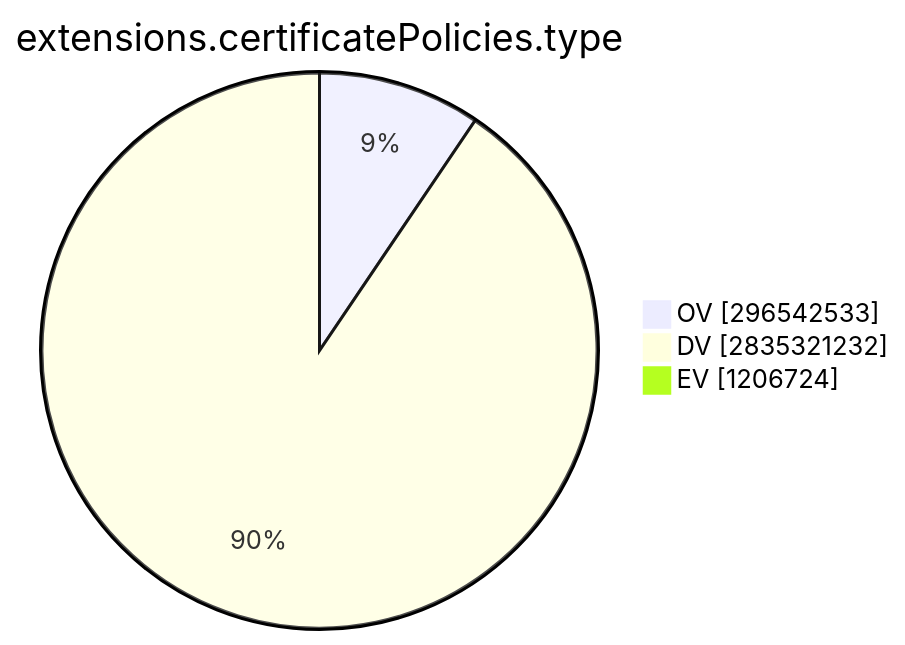
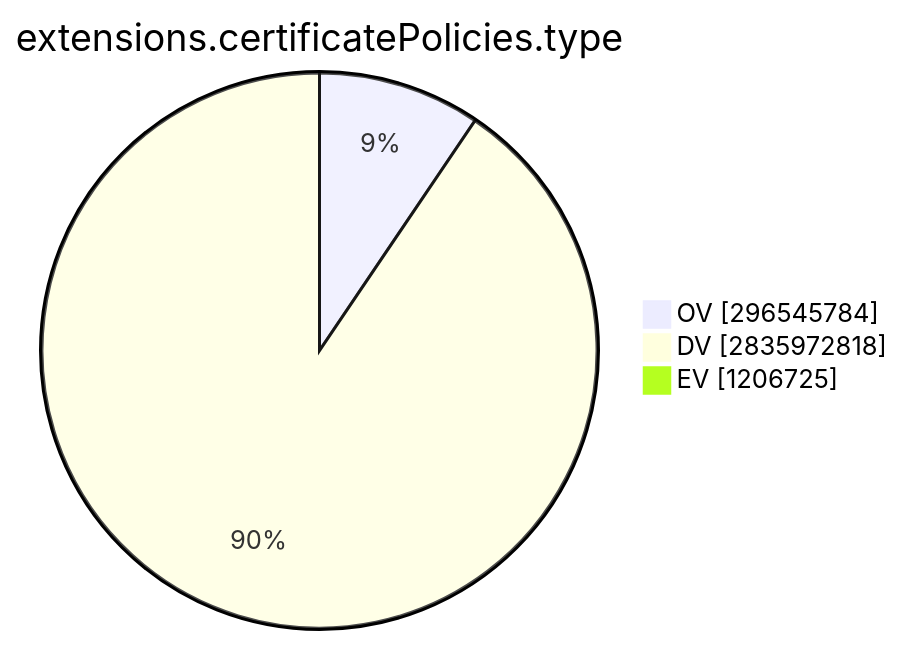
One commit to christiankrug/ctmonitor_visualization changed the ninth of 15 diagrams in TOTAL/README.md. Above: the diagram before and after it, drawn with Mermaid. The commit also changed other lines of this file, not shown here.

````diff
--- a/TOTAL/README.md
+++ b/TOTAL/README.md
@@ -3099,7 +3099,7 @@
 ```mermaid
 pie showData
 title extensions.certificatePolicies.type
-"OV" :296542533
-"DV" :2835321232
-"EV" :1206724
+"OV" :296545784
+"DV" :2835972818
+"EV" :1206725
 ```
````
